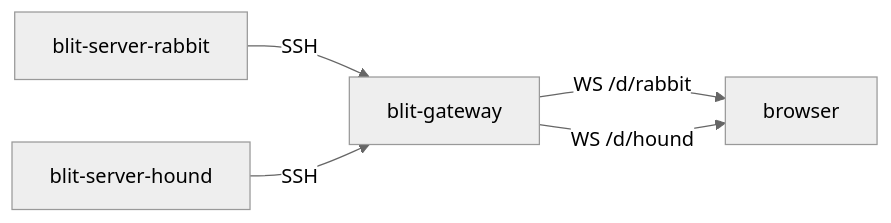
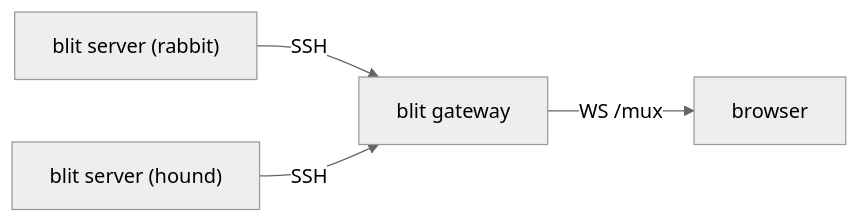
The sixth of 11 diagrams in ARCHITECTURE.md (indent-com/blit), drawn with Mermaid (neutral theme) before and after one commit. The commit also changed other lines of this file and 101 other files, not shown here.

````diff
--- a/ARCHITECTURE.md
+++ b/ARCHITECTURE.md
@@ -141,7 +141,6 @@
 ```mermaid
 graph LR
-    SA["blit-server-rabbit"] -->|SSH| G["blit-gateway"]
-    SB["blit-server-hound"] -->|SSH| G
-    G -->|"WS /d/rabbit"| B["browser"]
-    G -->|"WS /d/hound"| B
+    SA["blit server (rabbit)"] -->|SSH| G["blit gateway"]
+    SB["blit server (hound)"] -->|SSH| G
+    G -->|"WS /mux"| B["browser"]
 ```
````
